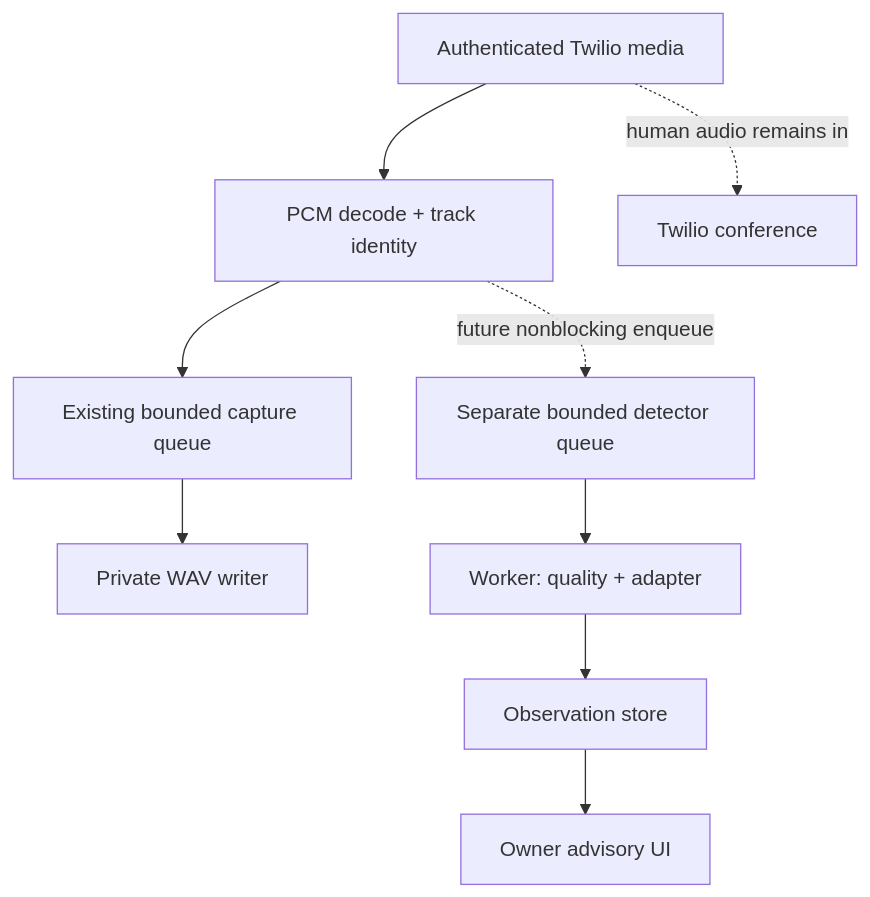
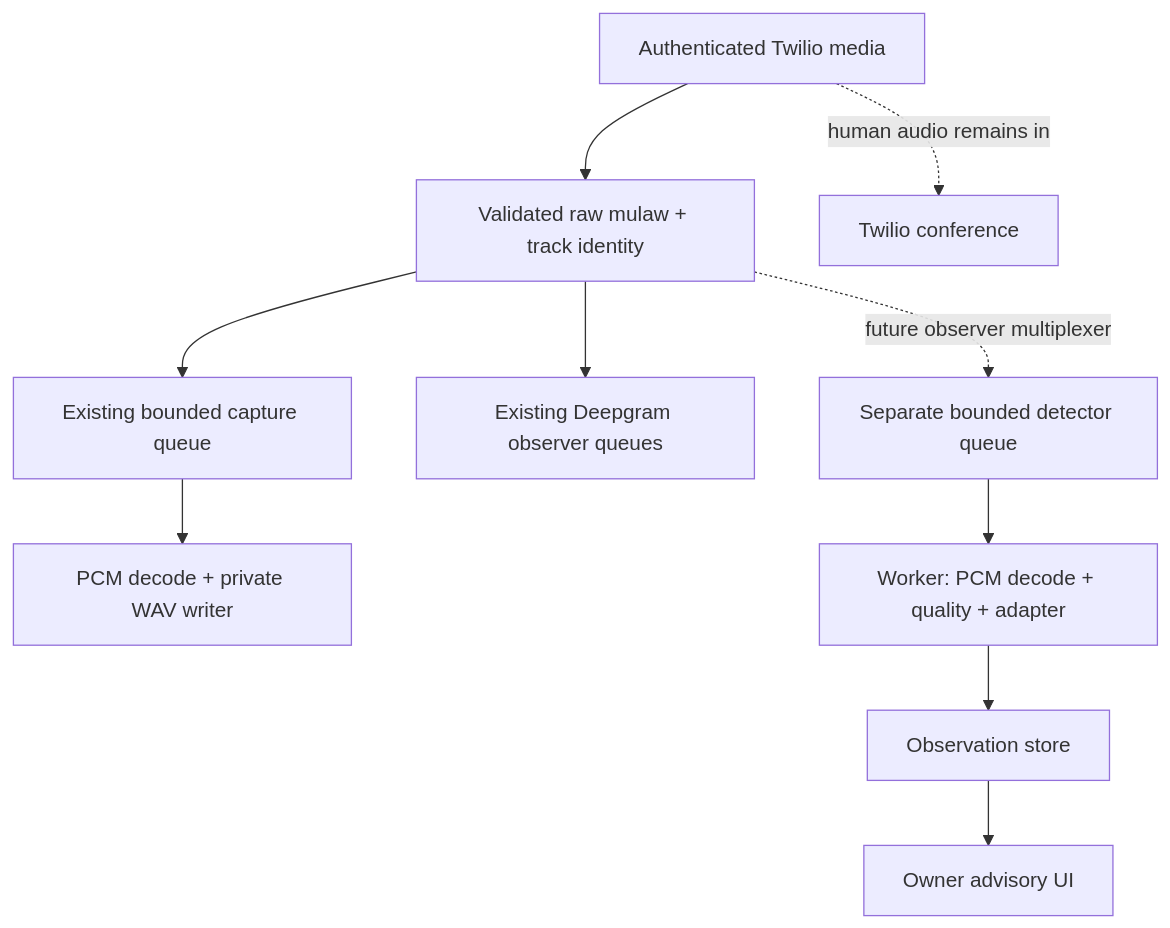
Before and after one commit to jimmmmmmmmmmmy/Phoney: the second of 2 diagrams in docs/DEEPFAKE_DETECTION.md, drawn with Mermaid. The commit also changed other lines of this file and 28 other files, not shown here.

Commit message:
Add live Deepgram transcription and private call dashboard

````diff
--- a/docs/DEEPFAKE_DETECTION.md
+++ b/docs/DEEPFAKE_DETECTION.md
@@ -313,11 +313,12 @@
 ```mermaid
 flowchart TD
-    T[Authenticated Twilio media] --> D[PCM decode + track identity]
+    T[Authenticated Twilio media] --> D[Validated raw mulaw + track identity]
     D --> C[Existing bounded capture queue]
-    C --> F[Private WAV writer]
-    D -. future nonblocking enqueue .-> Q[Separate bounded detector queue]
-    Q --> W[Worker: quality + adapter]
+    C --> F[PCM decode + private WAV writer]
+    D --> S[Existing Deepgram observer queues]
+    D -. future observer multiplexer .-> Q[Separate bounded detector queue]
+    Q --> W[Worker: PCM decode + quality + adapter]
     W --> O[Observation store]
     O --> U[Owner advisory UI]
     T -. human audio remains in .-> H[Twilio conference]
 ```
````
